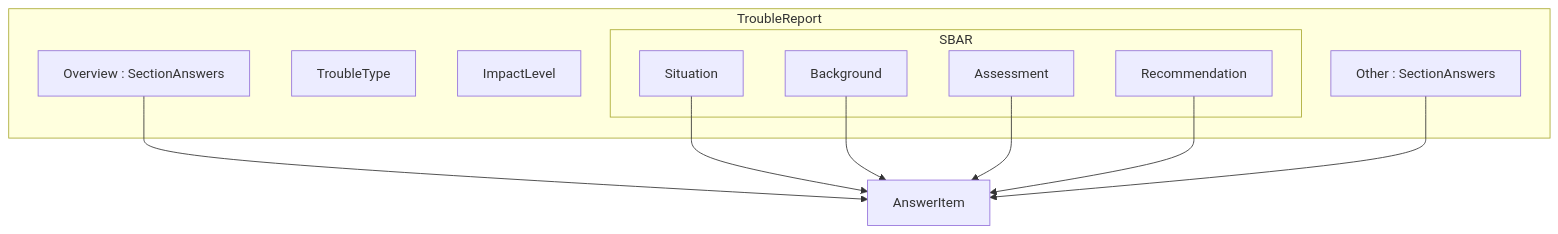
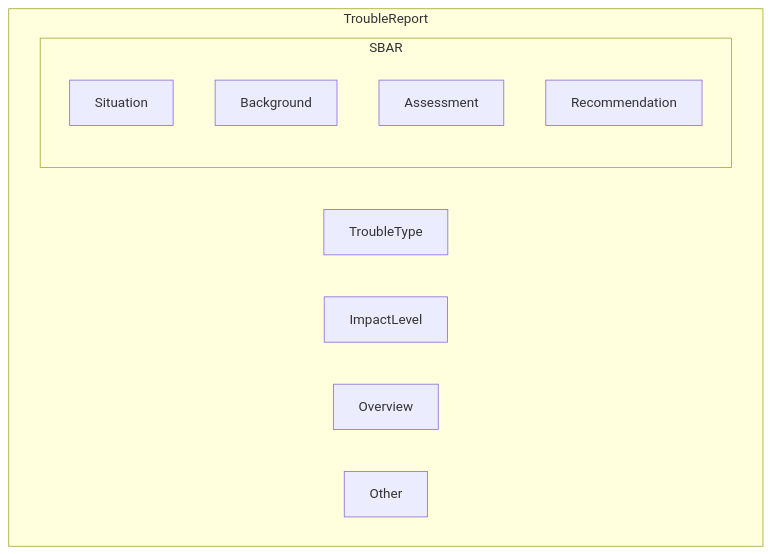
The second of 3 diagrams in README.md (kouji0705/domain_service_study), drawn with Mermaid before and after one commit. The commit also changed other lines of this file, not shown here.

````diff
--- a/README.md
+++ b/README.md
@@ -13,22 +126,15 @@
 ```mermaid
 flowchart TB
   subgraph report["TroubleReport"]
     tt[TroubleType]
     il[ImpactLevel]
-    ov["Overview : SectionAnswers"]
+    ov["Overview"]
     subgraph sbar["SBAR"]
       sit[Situation]
       bg[Background]
       as[Assessment]
       rec[Recommendation]
     end
-    ot["Other : SectionAnswers"]
+    ot["Other"]
   end
-
-  ov --> item["AnswerItem"]
-  sit --> item
-  bg --> item
-  as --> item
-  rec --> item
-  ot --> item
 ```
````
